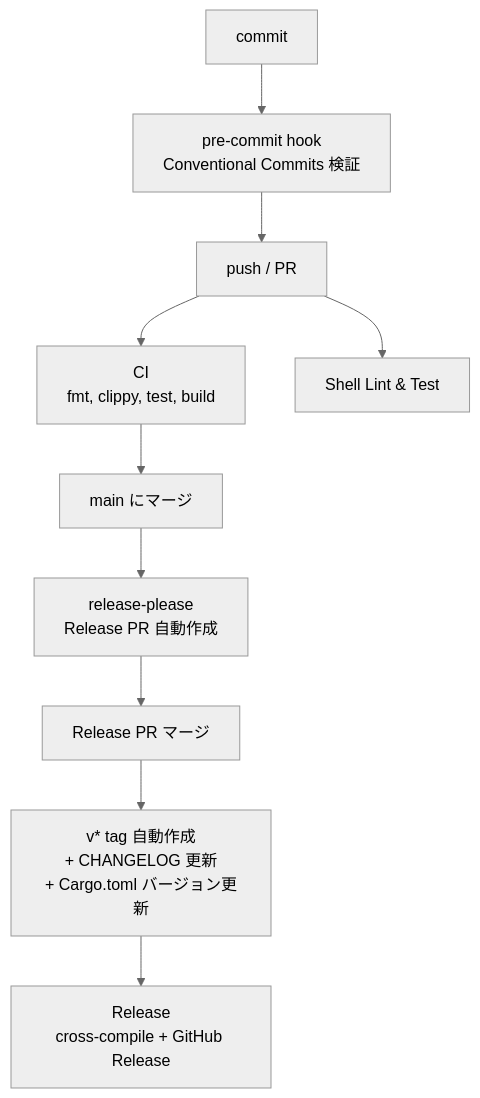
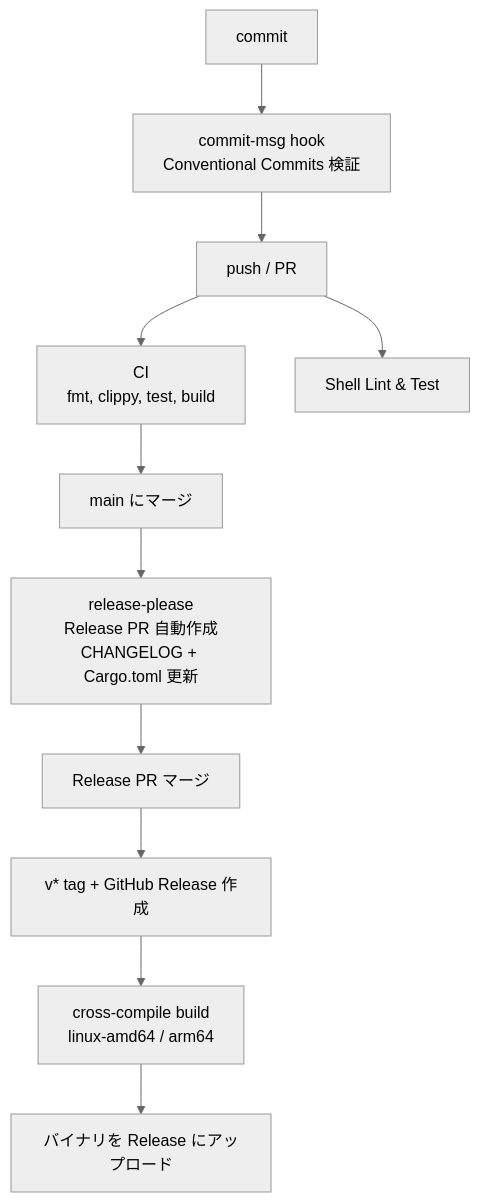
The first of 3 diagrams in docs/ci-cd/README.md (rurusasu/article-collector), drawn with Mermaid (neutral theme) before and after one commit. The commit also changed other lines of this file and 6 other files, not shown here.

````diff
--- a/docs/ci-cd/README.md
+++ b/docs/ci-cd/README.md
@@ -10,12 +10,13 @@
 ```mermaid
 graph TB
-  commit["commit"] --> hook["pre-commit hook<br/>Conventional Commits 検証"]
+  commit["commit"] --> hook["commit-msg hook<br/>Conventional Commits 検証"]
   hook --> push["push / PR"]
   push --> ci["CI<br/>fmt, clippy, test, build"]
   push --> shell["Shell Lint & Test"]
   ci --> merge["main にマージ"]
-  merge --> rp["release-please<br/>Release PR 自動作成"]
+  merge --> rp["release-please<br/>Release PR 自動作成<br/>CHANGELOG + Cargo.toml 更新"]
   rp --> rp_merge["Release PR マージ"]
-  rp_merge --> tag["v* tag 自動作成<br/>+ CHANGELOG 更新<br/>+ Cargo.toml バージョン更新"]
-  tag --> release["Release<br/>cross-compile + GitHub Release"]
+  rp_merge --> tag["v* tag + GitHub Release 作成"]
+  tag --> build["cross-compile build<br/>linux-amd64 / arm64"]
+  build --> upload["バイナリを Release にアップロード"]
 ```
````
